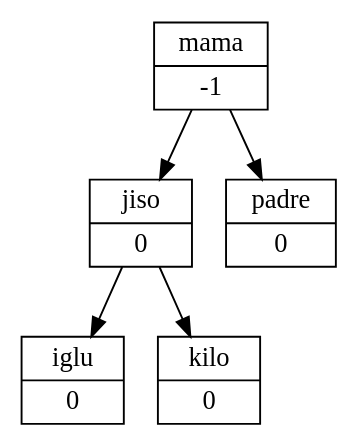
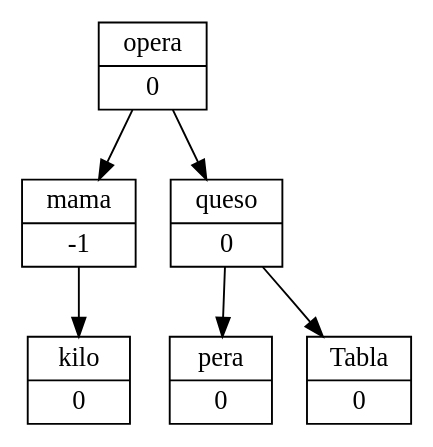
Before and after one commit to Angcelo/EDD_2S2019_P2_201701020: the diagram in arbol.dot, drawn with Graphviz. The commit also changed 6 other files, not shown here.

```diff
--- a/arbol.dot
+++ b/arbol.dot
@@ -1,12 +1,14 @@
 digraph pila{
 node [shape="record"];
+opera [ label = "{opera|0}"];
 mama [ label = "{mama|-1}"];
-jiso [ label = "{jiso|0}"];
-iglu [ label = "{iglu|0}"];
 kilo [ label = "{kilo|0}"];
-padre [ label = "{padre|0}"];
-mama->jiso;
-jiso->iglu
-jiso->kilo
-mama->padre;
+queso [ label = "{queso|0}"];
+pera [ label = "{pera|0}"];
+Tabla [ label = "{Tabla|0}"];
+opera->mama;
+mama->kilo
+opera->queso;
+queso->pera
+queso->Tabla
 }
```
